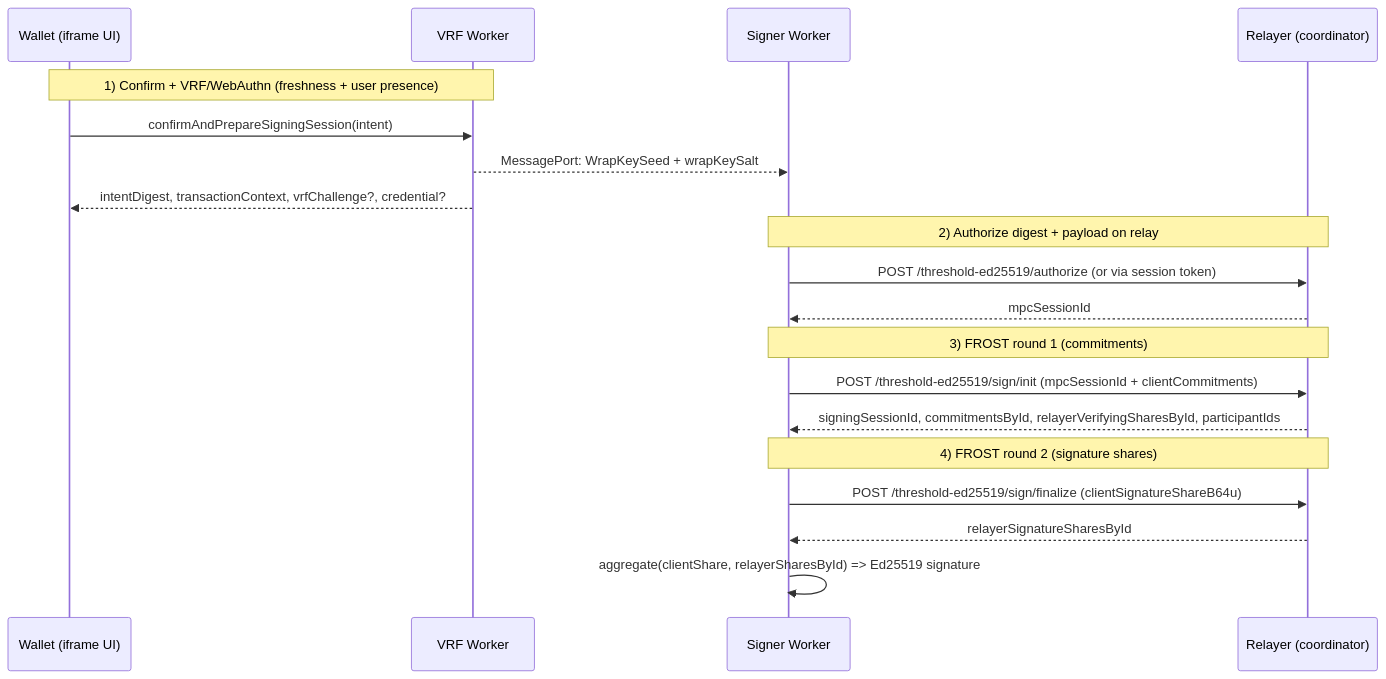
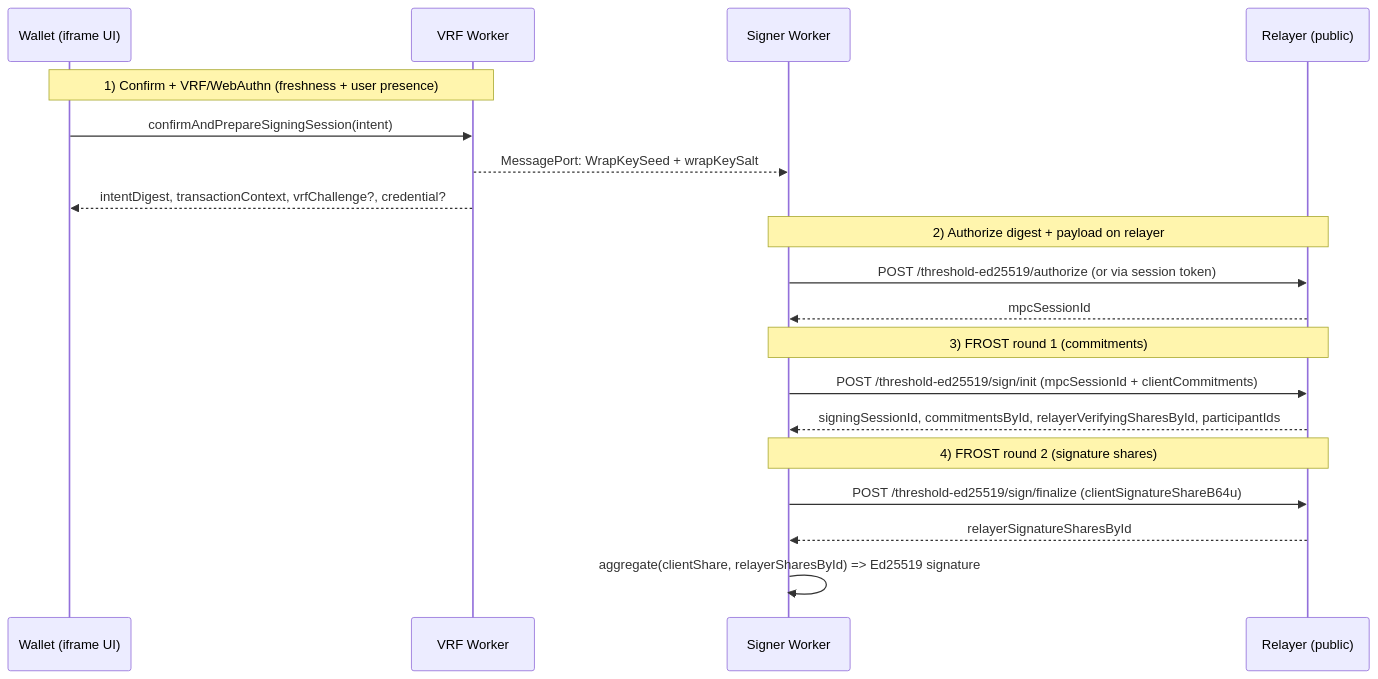
Before and after one commit to web3-authn/tatchi: the second of 3 diagrams in examples/tatchi-docs/src/docs/concepts/threshold-signing.md, drawn with Mermaid. The commit also changed other lines of this file and 6 other files, not shown here.

````diff
--- a/examples/tatchi-docs/src/docs/concepts/threshold-signing.md
+++ b/examples/tatchi-docs/src/docs/concepts/threshold-signing.md
@@ -75,25 +75,25 @@
 ```mermaid
 sequenceDiagram
   participant App as Wallet (iframe UI)
   participant VRF as VRF Worker
   participant Signer as Signer Worker
-  participant Relay as Relayer (coordinator)
+  participant Relay as Relayer (public)
 
   Note over App,VRF: 1) Confirm + VRF/WebAuthn (freshness + user presence)
   App->>VRF: confirmAndPrepareSigningSession(intent)
   VRF-->>Signer: MessagePort: WrapKeySeed + wrapKeySalt
   VRF-->>App: intentDigest, transactionContext, vrfChallenge?, credential?
 
-  Note over Signer,Relay: 2) Authorize digest + payload on relay
+  Note over Signer,Relay: 2) Authorize digest + payload on relayer
   Signer->>Relay: POST /threshold-ed25519/authorize (or via session token)
   Relay-->>Signer: mpcSessionId
 
   Note over Signer,Relay: 3) FROST round 1 (commitments)
   Signer->>Relay: POST /threshold-ed25519/sign/init (mpcSessionId + clientCommitments)
   Relay-->>Signer: signingSessionId, commitmentsById, relayerVerifyingSharesById, participantIds
 
   Note over Signer,Relay: 4) FROST round 2 (signature shares)
   Signer->>Relay: POST /threshold-ed25519/sign/finalize (clientSignatureShareB64u)
   Relay-->>Signer: relayerSignatureSharesById
   Signer->>Signer: aggregate(clientShare, relayerSharesById) => Ed25519 signature
 ```
````
